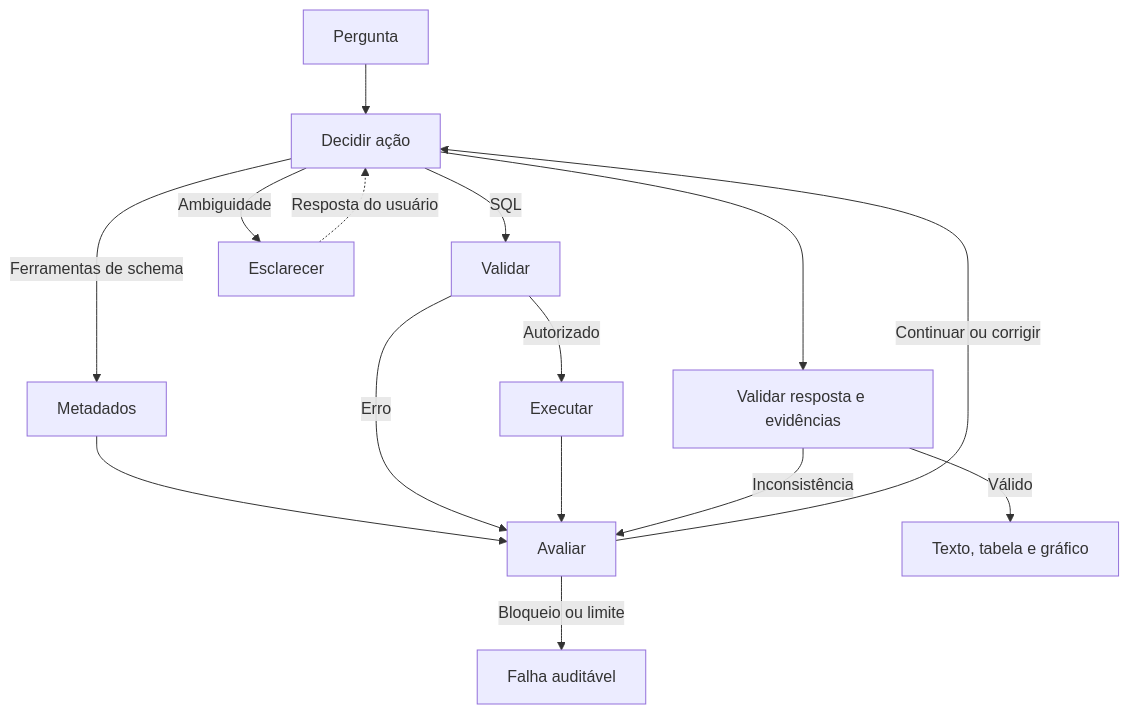
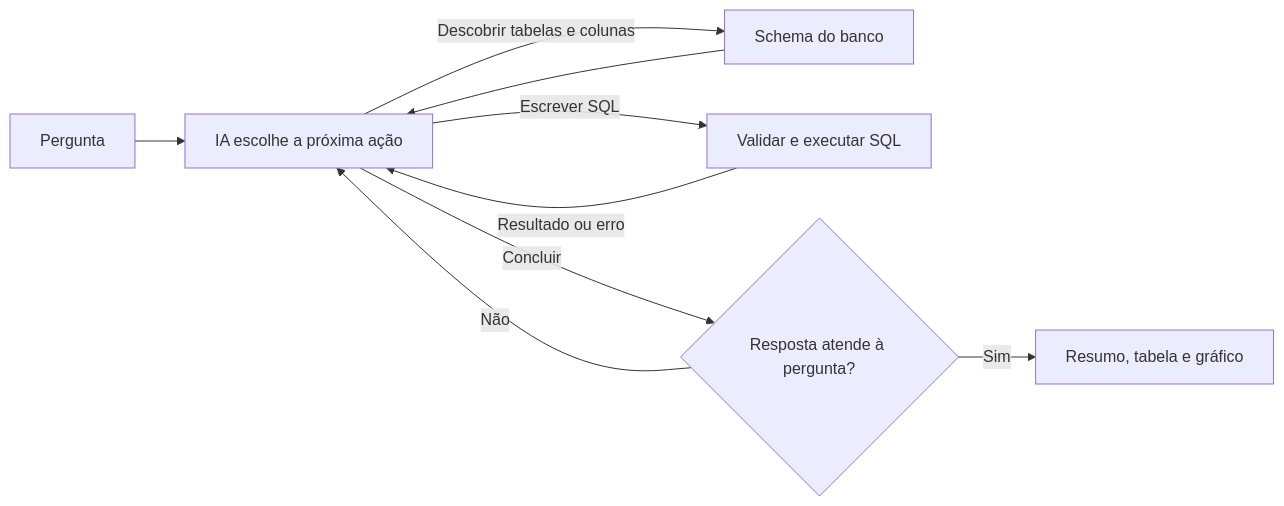
The diagram in README.md (PedroHGaspar/franq_ai_engineer_pl), drawn with Mermaid before and after one commit. The commit also changed other lines of this file, not shown here.

````diff
--- a/README.md
+++ b/README.md
@@ -54,17 +44,11 @@
 ```mermaid
-flowchart TD
-    A[Pergunta] --> B[Decidir ação]
-    B -->|Ferramentas de schema| C[Metadados]
-    C --> F[Avaliar]
-    B -->|SQL| D[Validar]
-    D -->|Autorizado| E[Executar]
-    D -->|Erro| F
-    E --> F
-    F -->|Continuar ou corrigir| B
-    F -->|Bloqueio ou limite| X[Falha auditável]
-    B -->|Ambiguidade| G[Esclarecer]
-    G -. Resposta do usuário .-> B
-    B --> H[Validar resposta e evidências]
-    H -->|Inconsistência| F
-    H -->|Válido| I[Texto, tabela e gráfico]
+flowchart LR
+    A[Pergunta] --> B[IA escolhe a próxima ação]
+    B -->|Descobrir tabelas e colunas| C[Schema do banco]
+    B -->|Escrever SQL| D[Validar e executar SQL]
+    C --> B
+    D -->|Resultado ou erro| B
+    B -->|Concluir| E{Resposta atende à pergunta?}
+    E -->|Não| B
+    E -->|Sim| F[Resumo, tabela e gráfico]
 ```
````
